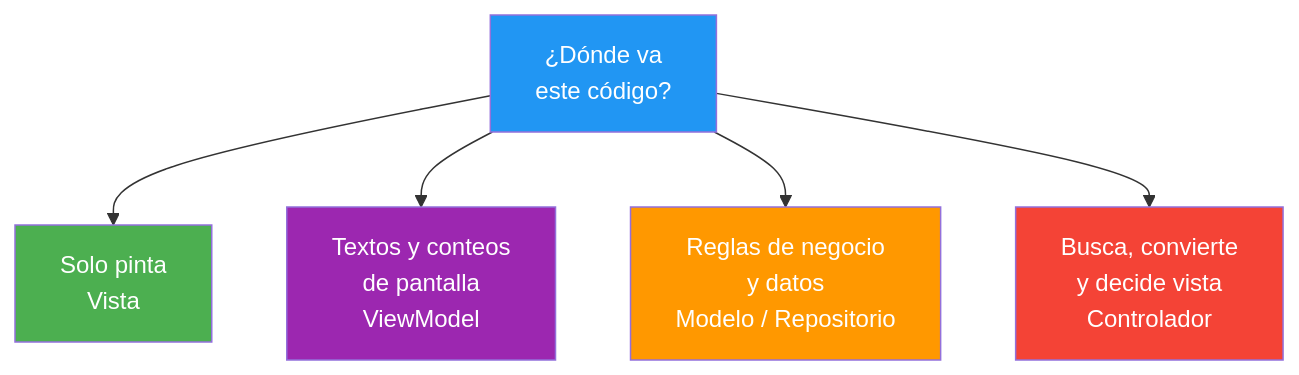
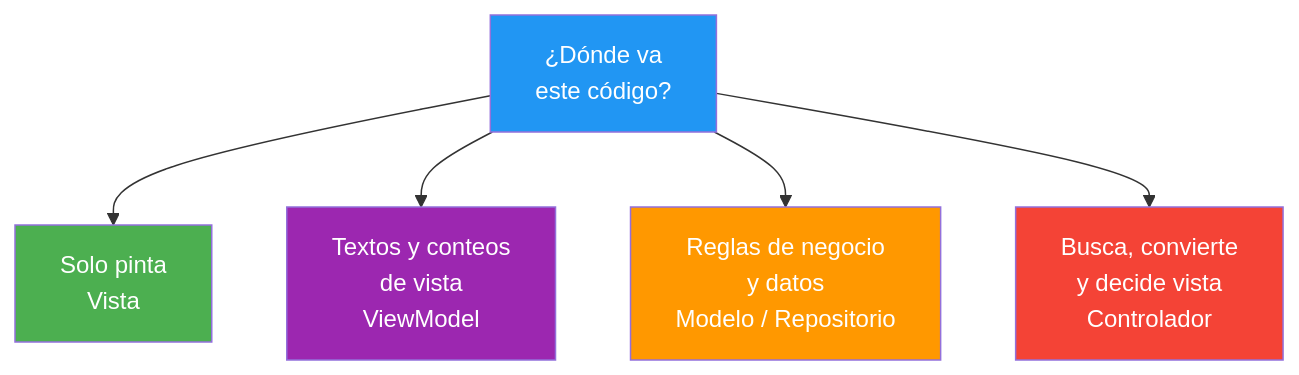
The fourth of 4 diagrams in 09-mvc-vistas-viewmodels.md (joseluisgs/DesarrolloWebEntornosServidor-03-2026-2027), drawn with Mermaid before and after one commit. The commit also changed other lines of this file and 11 other files, not shown here.

Commit message:
fix: sustituir pantalla por vista en toda la unidad segun la nomenclatura del curso

````diff
--- a/09-mvc-vistas-viewmodels.md
+++ b/09-mvc-vistas-viewmodels.md
@@ -415,12 +415,12 @@
 ```mermaid
 graph TD
     Q["¿Dónde va<br/>este código?"] --> A["Solo pinta<br/>Vista"]
-    Q --> B["Textos y conteos<br/>de pantalla<br/>ViewModel"]
+    Q --> B["Textos y conteos<br/>de vista<br/>ViewModel"]
     Q --> C["Reglas de negocio<br/>y datos<br/>Modelo / Repositorio"]
     Q --> D["Busca, convierte<br/>y decide vista<br/>Controlador"]
     style Q fill:#2196F3,color:#fff
     style A fill:#4CAF50,color:#fff
     style B fill:#9C27B0,color:#fff
     style C fill:#FF9800,color:#fff
     style D fill:#f44336,color:#fff
 ```
````
